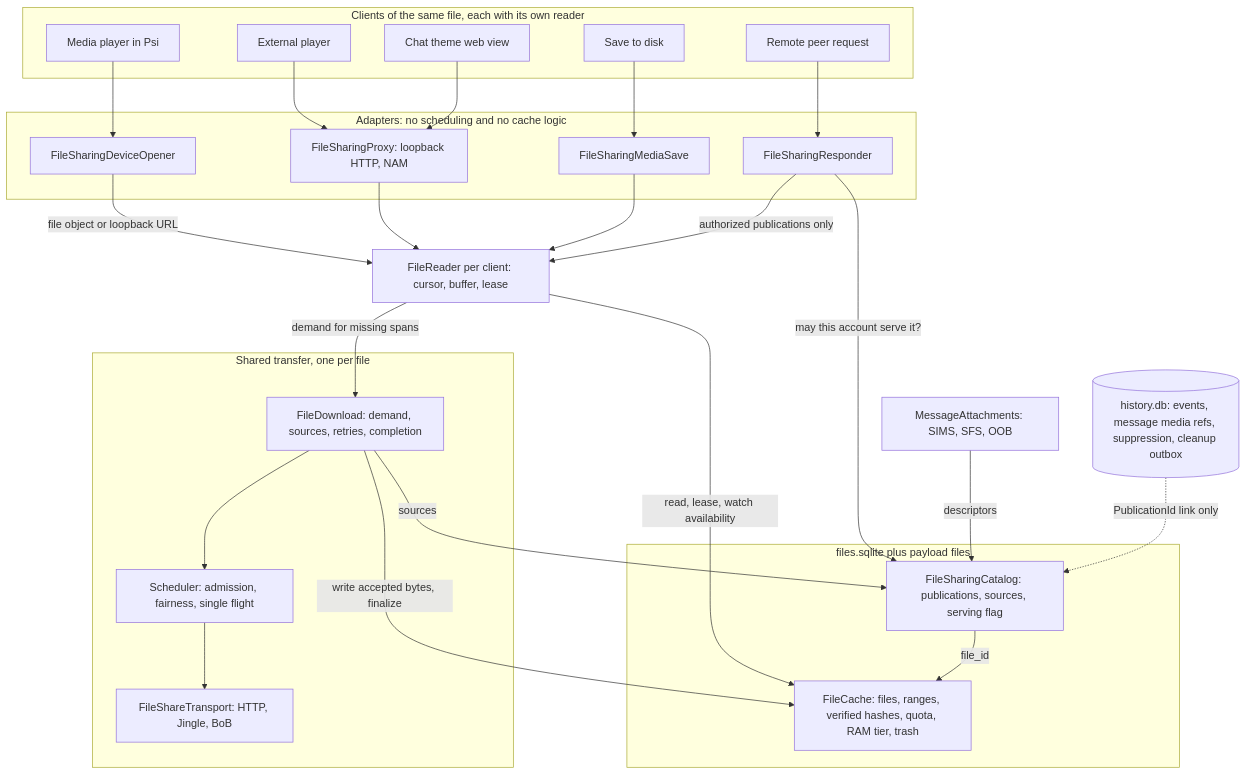
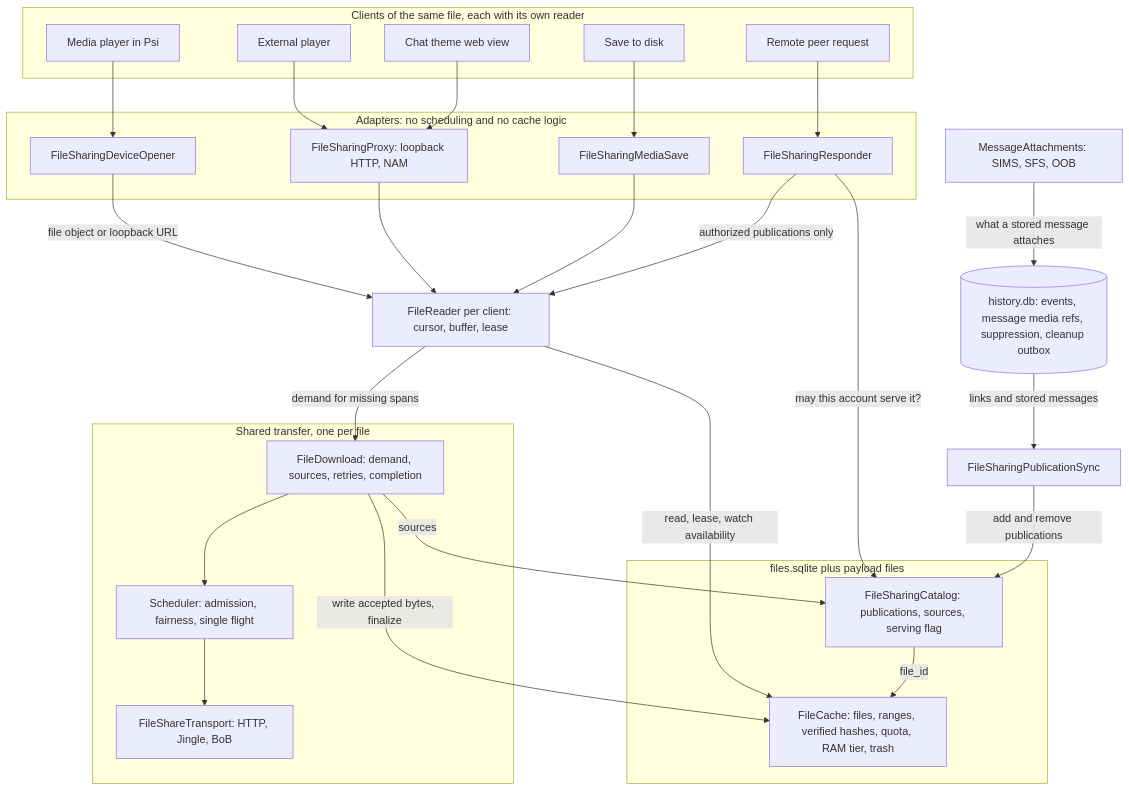
One commit to psi-im/psi changed the first of 8 diagrams in docs/local-message-deletion-design.md. Above: the diagram before and after it, drawn with Mermaid. The commit also changed other lines of this file, not shown here.

First line of the commit message:
Align the shared file design with what stage 2 delivers

````diff
--- a/docs/local-message-deletion-design.md
+++ b/docs/local-message-deletion-design.md
@@ -98,53 +103,55 @@
 ```mermaid
 flowchart TB
     subgraph clients["Clients of the same file, each with its own reader"]
         player["Media player in Psi"]
         external["External player"]
         web["Chat theme web view"]
         save["Save to disk"]
         peer["Remote peer request"]
     end
 
     subgraph adapters["Adapters: no scheduling and no cache logic"]
         opener["FileSharingDeviceOpener"]
         proxy["FileSharingProxy: loopback HTTP, NAM"]
         mediasave["FileSharingMediaSave"]
         responder["FileSharingResponder"]
     end
 
     player --> opener
     external --> proxy
     web --> proxy
     save --> mediasave
     peer --> responder
 
     reader["FileReader per client: cursor, buffer, lease"]
     opener -- "file object or loopback URL" --> reader
     proxy --> reader
     mediasave --> reader
     responder -- "authorized publications only" --> reader
 
     subgraph transfer["Shared transfer, one per file"]
         download["FileDownload: demand, sources, retries, completion"]
         scheduler["Scheduler: admission, fairness, single flight"]
         transport["FileShareTransport: HTTP, Jingle, BoB"]
         download --> scheduler --> transport
     end
 
     subgraph storage["files.sqlite plus payload files"]
         cache["FileCache: files, ranges, verified hashes, quota, RAM tier, trash"]
         catalog["FileSharingCatalog: publications, sources, serving flag"]
     end
 
     reader -- "read, lease, watch availability" --> cache
     reader -- "demand for missing spans" --> download
     download -- "write accepted bytes, finalize" --> cache
     download -- "sources" --> catalog
     responder -- "may this account serve it?" --> catalog
     catalog -- "file_id" --> cache
 
     history[("history.db: events, message media refs, suppression, cleanup outbox")]
     attachments["MessageAttachments: SIMS, SFS, OOB"]
-    attachments -- "descriptors" --> catalog
-    history -. "PublicationId link only" .-> catalog
+    sync["FileSharingPublicationSync"]
+    attachments -- "what a stored message attaches" --> history
+    history -- "links and stored messages" --> sync
+    sync -- "add and remove publications" --> catalog
 ```
````
